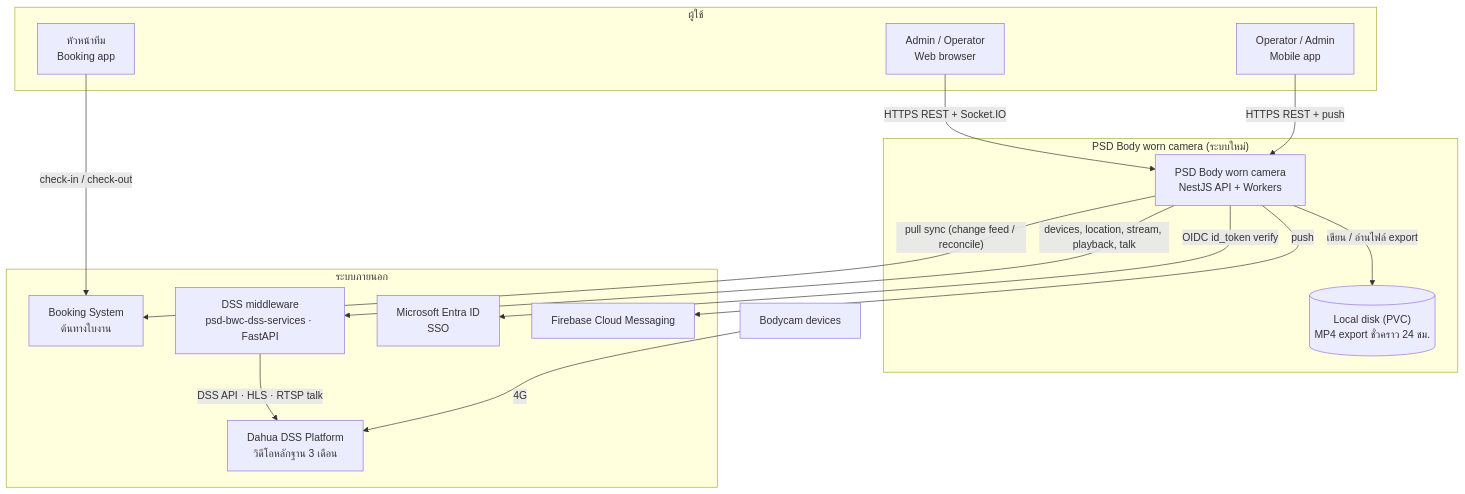
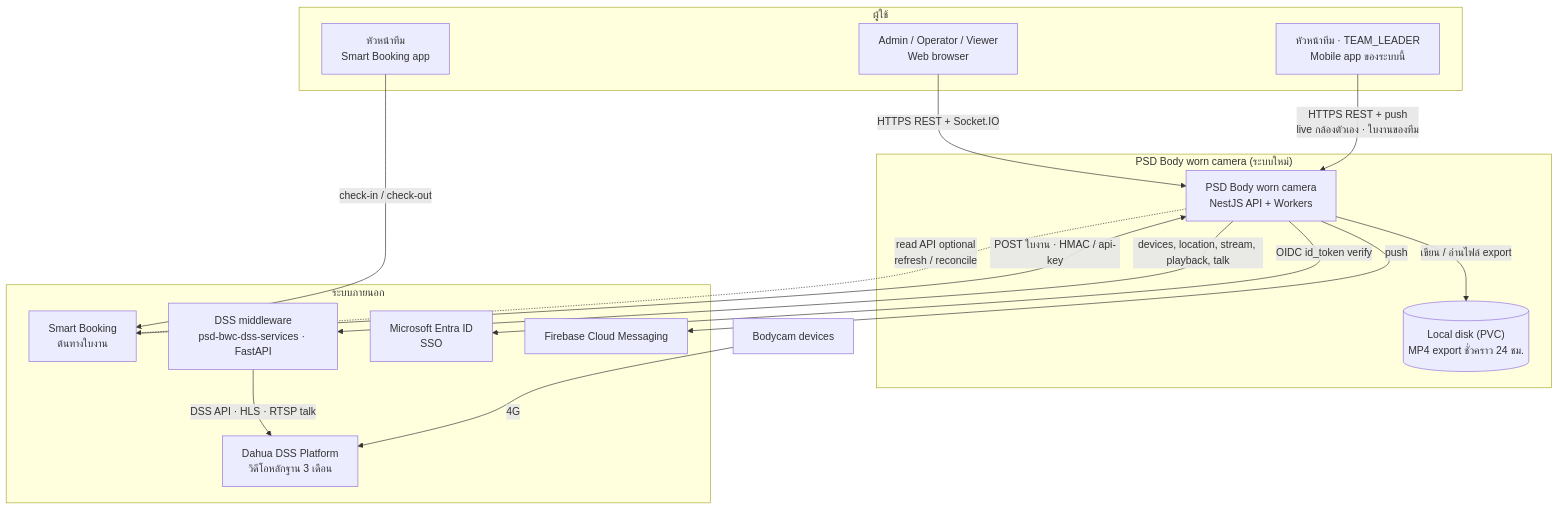
Before and after one commit to b-werayut/psd-bodycam-v1.0: the first of 6 diagrams in docs/blueprint/02-system-architecture.md, drawn with Mermaid. The commit also changed other lines of this file and 15 other files, not shown here.

````diff
--- a/docs/blueprint/02-system-architecture.md
+++ b/docs/blueprint/02-system-architecture.md
@@ -21,30 +21,31 @@
 ```mermaid
 flowchart TB
   subgraph Users["ผู้ใช้"]
-    OPS["Admin / Operator<br/>Web browser"]
-    LEAD["Operator / Admin<br/>Mobile app"]
-    TL["หัวหน้าทีม<br/>Booking app"]
+    OPS["Admin / Operator / Viewer<br/>Web browser"]
+    LEAD["หัวหน้าทีม · TEAM_LEADER<br/>Mobile app ของระบบนี้"]
+    TL["หัวหน้าทีม<br/>Smart Booking app"]
   end
   subgraph Sys["PSD Body worn camera (ระบบใหม่)"]
     CORE["PSD Body worn camera<br/>NestJS API + Workers"]
     DISK[("Local disk (PVC)<br/>MP4 export ชั่วคราว 24 ชม.")]
   end
   subgraph Ext["ระบบภายนอก"]
-    BOOK["Booking System<br/>ต้นทางใบงาน"]
+    BOOK["Smart Booking<br/>ต้นทางใบงาน"]
     DSSMW["DSS middleware<br/>psd-bwc-dss-services · FastAPI"]
     DSSSRV["Dahua DSS Platform<br/>วิดีโอหลักฐาน 3 เดือน"]
     ENTRA["Microsoft Entra ID<br/>SSO"]
     FCM["Firebase Cloud Messaging"]
   end
   CAM["Bodycam devices"]
   OPS -- "HTTPS REST + Socket.IO" --> CORE
-  LEAD -- "HTTPS REST + push" --> CORE
+  LEAD -- "HTTPS REST + push<br/>live กล้องตัวเอง · ใบงานของทีม" --> CORE
   TL -- "check-in / check-out" --> BOOK
-  CORE -- "pull sync (change feed / reconcile)" --> BOOK
+  BOOK -- "POST ใบงาน · HMAC / api-key" --> CORE
+  CORE -. "read API optional<br/>refresh / reconcile" .-> BOOK
   CORE -- "devices, location, stream, playback, talk" --> DSSMW
   DSSMW -- "DSS API · HLS · RTSP talk" --> DSSSRV
   CORE -- "OIDC id_token verify" --> ENTRA
   CORE -- "push" --> FCM
   CORE -- "เขียน / อ่านไฟล์ export" --> DISK
   CAM -- "4G" --> DSSSRV
 ```
````
